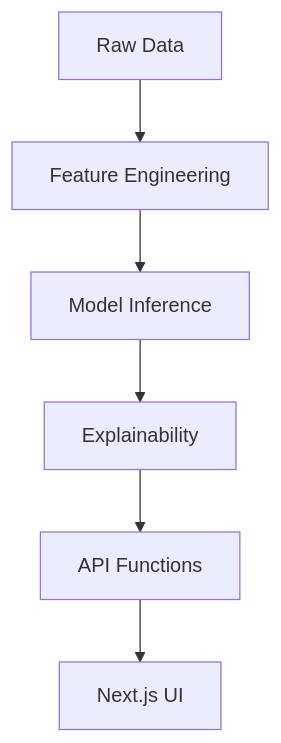
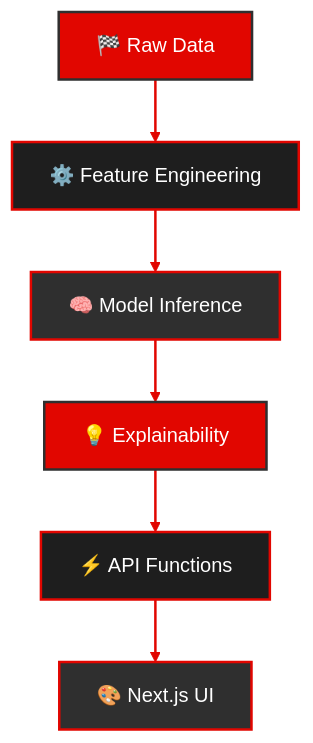
The diagram in README.md (prateekmulye/f1-agent), drawn with Mermaid before and after one commit. The commit also changed other lines of this file, not shown here.

````diff
--- a/README.md
+++ b/README.md
@@ -14,8 +46,17 @@
 ```mermaid
 graph TD
-A[Raw Data] --> B[Feature Engineering]
-B --> C[Model Inference]
-C --> D[Explainability]
-D --> E[API Functions]
-E --> F[Next.js UI]
+    A[🏁 Raw Data] --> B[⚙️ Feature Engineering]
+    B --> C[🧠 Model Inference]
+    C --> D[💡 Explainability]
+    D --> E[⚡ API Functions]
+    E --> F[🎨 Next.js UI]
+    
+    style A fill:#E10600,stroke:#2F2F2F,stroke-width:2px,color:#FFFFFF
+    style B fill:#1E1E1E,stroke:#E10600,stroke-width:2px,color:#FFFFFF
+    style C fill:#2F2F2F,stroke:#E10600,stroke-width:2px,color:#FFFFFF
+    style D fill:#E10600,stroke:#2F2F2F,stroke-width:2px,color:#FFFFFF
+    style E fill:#1E1E1E,stroke:#E10600,stroke-width:2px,color:#FFFFFF
+    style F fill:#2F2F2F,stroke:#E10600,stroke-width:2px,color:#FFFFFF
+    
+    linkStyle default stroke:#E10600,stroke-width:2px
 ```
````
